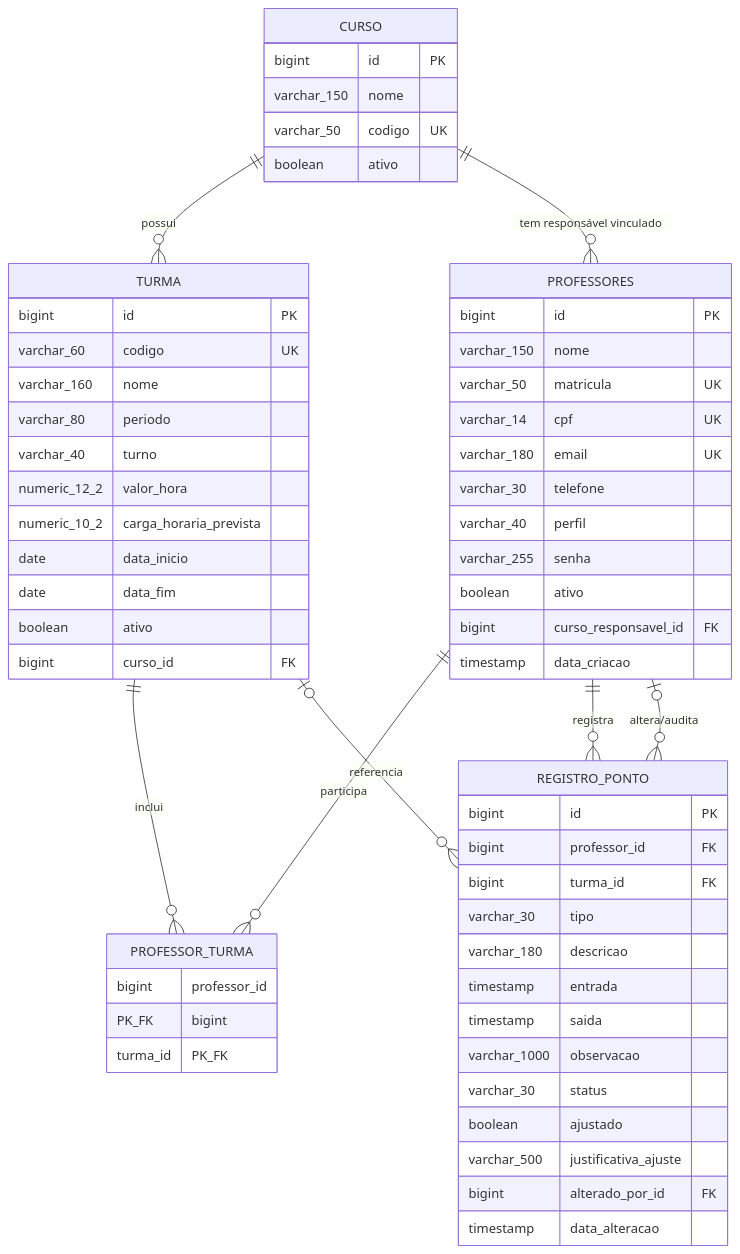
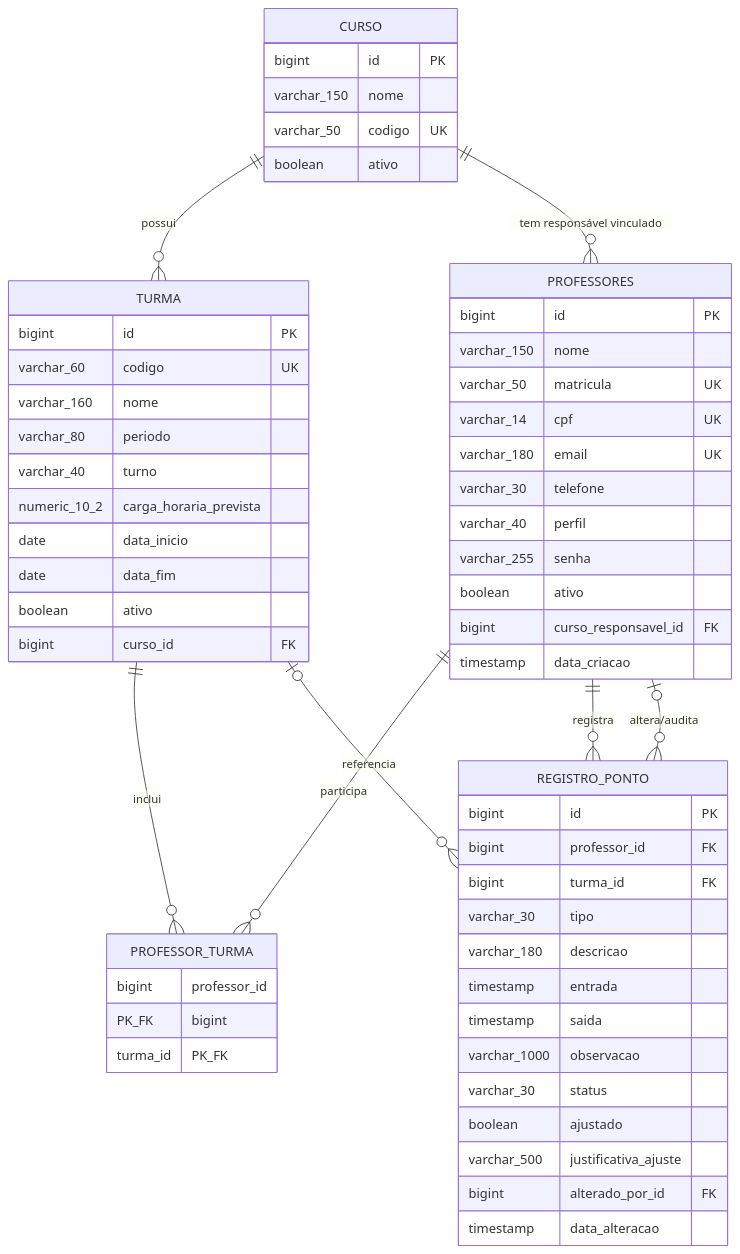
The diagram in sistemaponto/docs/MODELAGEM_BANCO_DADOS.md (GabrielCardossso/HoraControl), drawn with Mermaid before and after one commit. The commit also changed other lines of this file and 32 other files, not shown here.

````diff
--- a/sistemaponto/docs/MODELAGEM_BANCO_DADOS.md
+++ b/sistemaponto/docs/MODELAGEM_BANCO_DADOS.md
@@ -20,66 +20,65 @@
 ```mermaid
 erDiagram
     CURSO ||--o{ TURMA : possui
     CURSO ||--o{ PROFESSORES : "tem responsável vinculado"
     PROFESSORES ||--o{ PROFESSOR_TURMA : participa
     TURMA ||--o{ PROFESSOR_TURMA : inclui
     PROFESSORES ||--o{ REGISTRO_PONTO : registra
     TURMA o|--o{ REGISTRO_PONTO : referencia
     PROFESSORES o|--o{ REGISTRO_PONTO : "altera/audita"
 
     CURSO {
         bigint id PK
         varchar_150 nome
         varchar_50 codigo UK
         boolean ativo
     }
 
     PROFESSORES {
         bigint id PK
         varchar_150 nome
         varchar_50 matricula UK
         varchar_14 cpf UK
         varchar_180 email UK
         varchar_30 telefone
         varchar_40 perfil
         varchar_255 senha
         boolean ativo
         bigint curso_responsavel_id FK
         timestamp data_criacao
     }
 
     TURMA {
         bigint id PK
         varchar_60 codigo UK
         varchar_160 nome
         varchar_80 periodo
         varchar_40 turno
-        numeric_12_2 valor_hora
         numeric_10_2 carga_horaria_prevista
         date data_inicio
         date data_fim
         boolean ativo
         bigint curso_id FK
     }
 
     PROFESSOR_TURMA {
         bigint professor_id PK_FK
         bigint turma_id PK_FK
     }
 
     REGISTRO_PONTO {
         bigint id PK
         bigint professor_id FK
         bigint turma_id FK
         varchar_30 tipo
         varchar_180 descricao
         timestamp entrada
         timestamp saida
         varchar_1000 observacao
         varchar_30 status
         boolean ajustado
         varchar_500 justificativa_ajuste
         bigint alterado_por_id FK
         timestamp data_alteracao
     }
 ```
````
